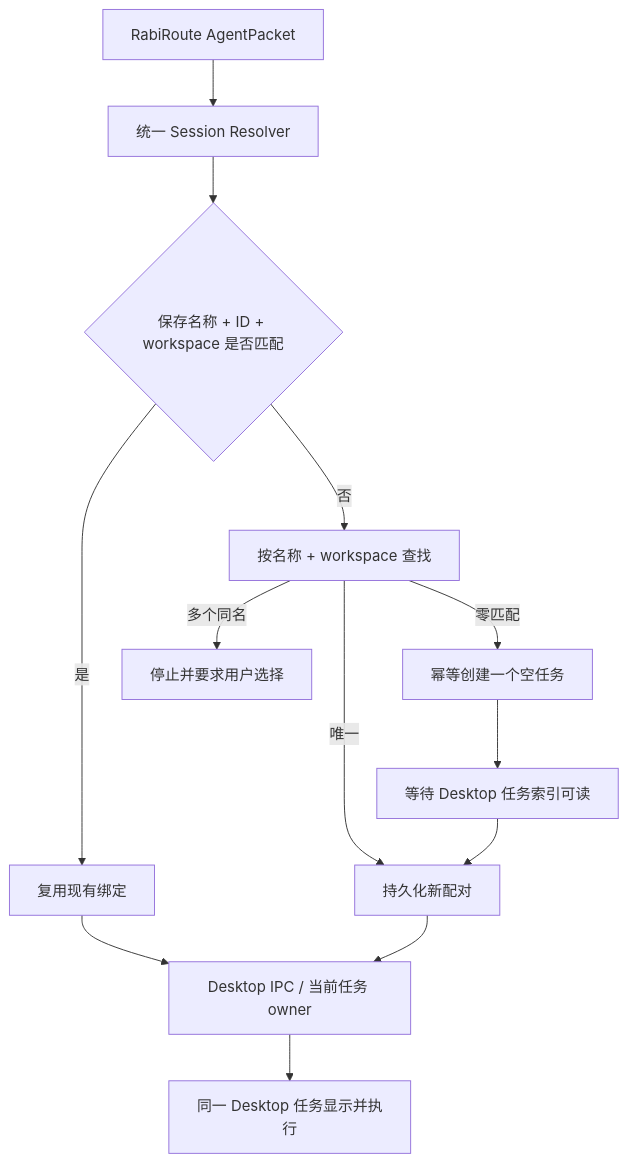
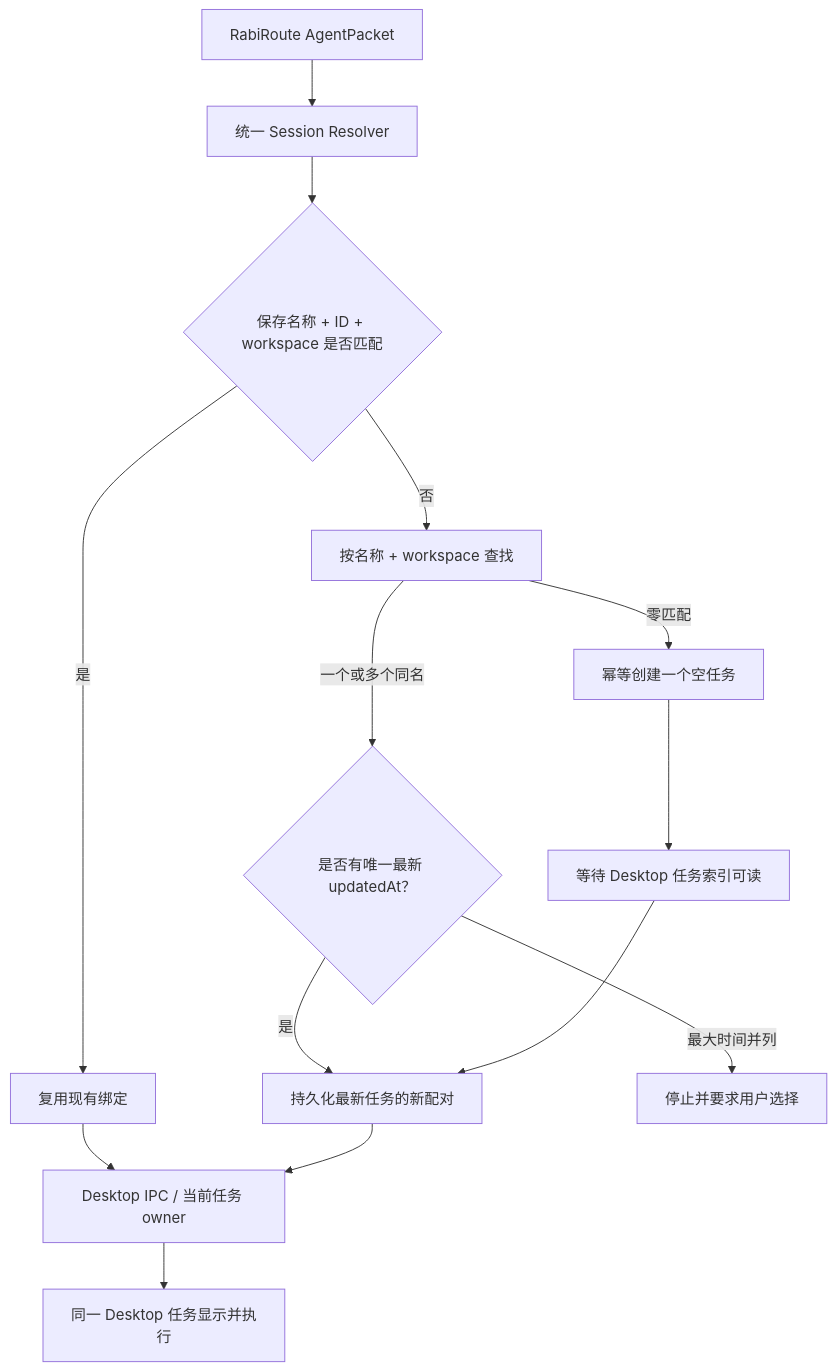
One commit to vb2250158/RabiRoute changed the diagram in docs/codex-desktop-agent-acceptance.md. Above: the diagram before and after it, drawn with Mermaid. The commit also changed other lines of this file and 23 other files, not shown here.

````diff
--- a/docs/codex-desktop-agent-acceptance.md
+++ b/docs/codex-desktop-agent-acceptance.md
@@ -37,15 +37,16 @@
 ```mermaid
 flowchart TD
     R["RabiRoute AgentPacket"] --> S["统一 Session Resolver"]
     S --> V{"保存名称 + ID + workspace 是否匹配"}
     V -->|"是"| B["复用现有绑定"]
     V -->|"否"| L["按名称 + workspace 查找"]
-    L -->|"唯一"| P["持久化新配对"]
+    L -->|"一个或多个同名"| N{"是否有唯一最新 updatedAt？"}
     L -->|"零匹配"| C["幂等创建一个空任务"]
-    L -->|"多个同名"| A["停止并要求用户选择"]
+    N -->|"是"| P["持久化最新任务的新配对"]
+    N -->|"最大时间并列"| A["停止并要求用户选择"]
     C --> W["等待 Desktop 任务索引可读"]
     W --> P
     B --> D["Desktop IPC / 当前任务 owner"]
     P --> D
     D --> T["同一 Desktop 任务显示并执行"]
 ```
````
